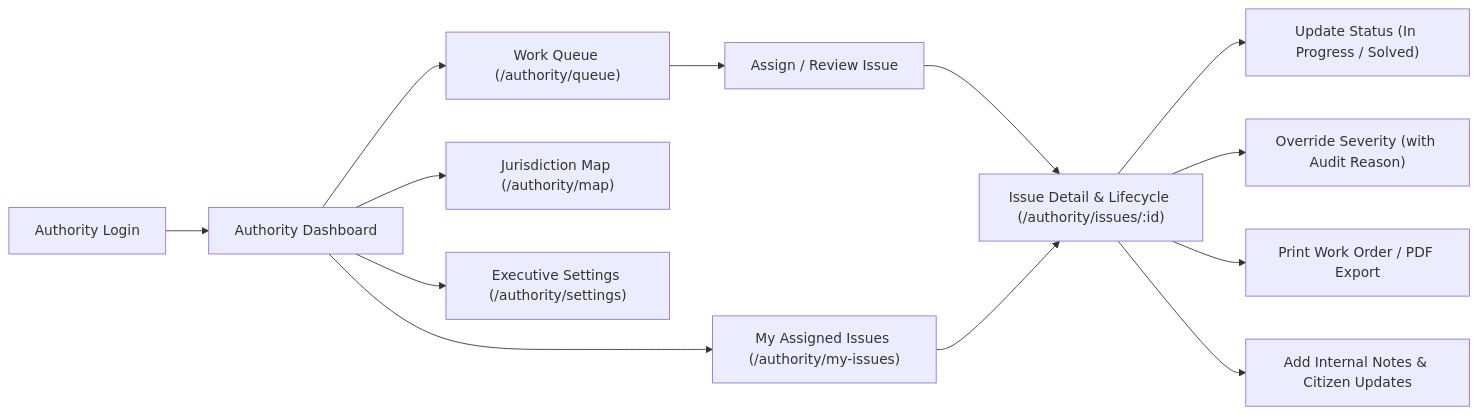
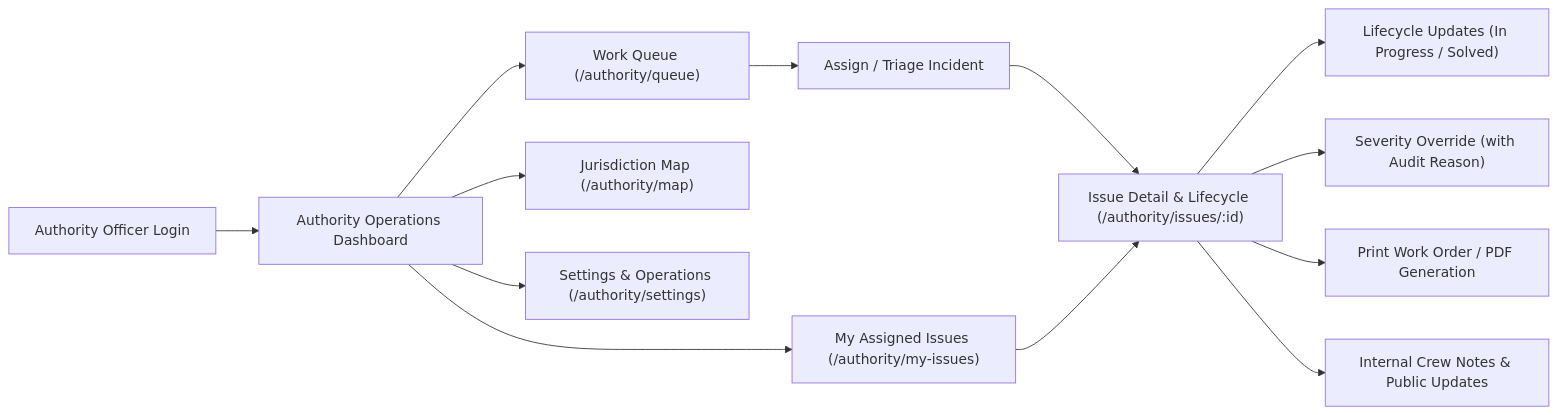
One commit to marufdev7/urban-anti-test changed the second of 3 diagrams in README.md. Above: the diagram before and after it, drawn with Mermaid. The commit also changed other lines of this file and 16 other files, not shown here.

Commit message:
feat: add guest login with read-only protections, update docs with admin & authority features, and add brand favicon

````diff
--- a/README.md
+++ b/README.md
@@ -228,16 +236,16 @@
 ```mermaid
 flowchart LR
-    A["Authority Login"] --> B["Authority Dashboard"]
+    A["Authority Officer Login"] --> B["Authority Operations Dashboard"]
     B --> C["Work Queue (/authority/queue)"]
     B --> D["My Assigned Issues (/authority/my-issues)"]
     B --> E["Jurisdiction Map (/authority/map)"]
-    B --> F["Executive Settings (/authority/settings)"]
+    B --> F["Settings & Operations (/authority/settings)"]
     
-    C --> G["Assign / Review Issue"]
+    C --> G["Assign / Triage Incident"]
     G --> H["Issue Detail & Lifecycle (/authority/issues/:id)"]
     D --> H
-    H --> I["Update Status (In Progress / Solved)"]
-    H --> J["Override Severity (with Audit Reason)"]
-    H --> K["Print Work Order / PDF Export"]
-    H --> L["Add Internal Notes & Citizen Updates"]
+    H --> I["Lifecycle Updates (In Progress / Solved)"]
+    H --> J["Severity Override (with Audit Reason)"]
+    H --> K["Print Work Order / PDF Generation"]
+    H --> L["Internal Crew Notes & Public Updates"]
 ```
````
